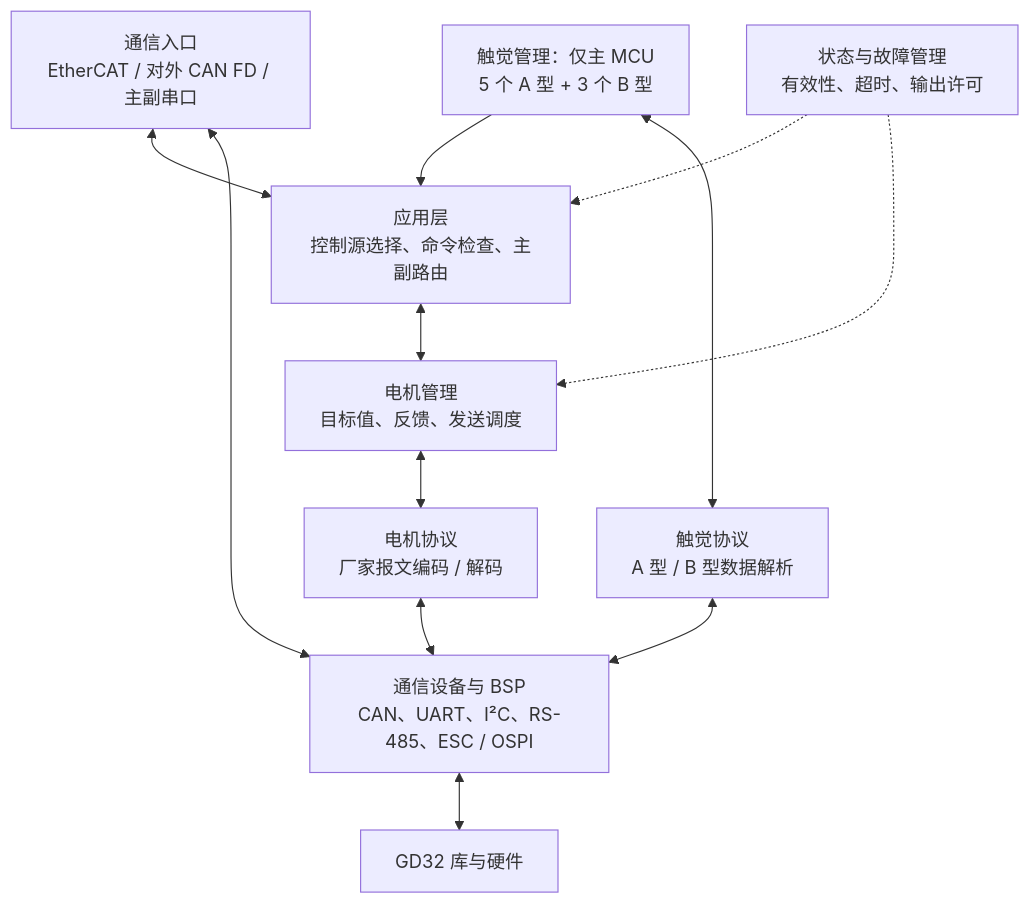
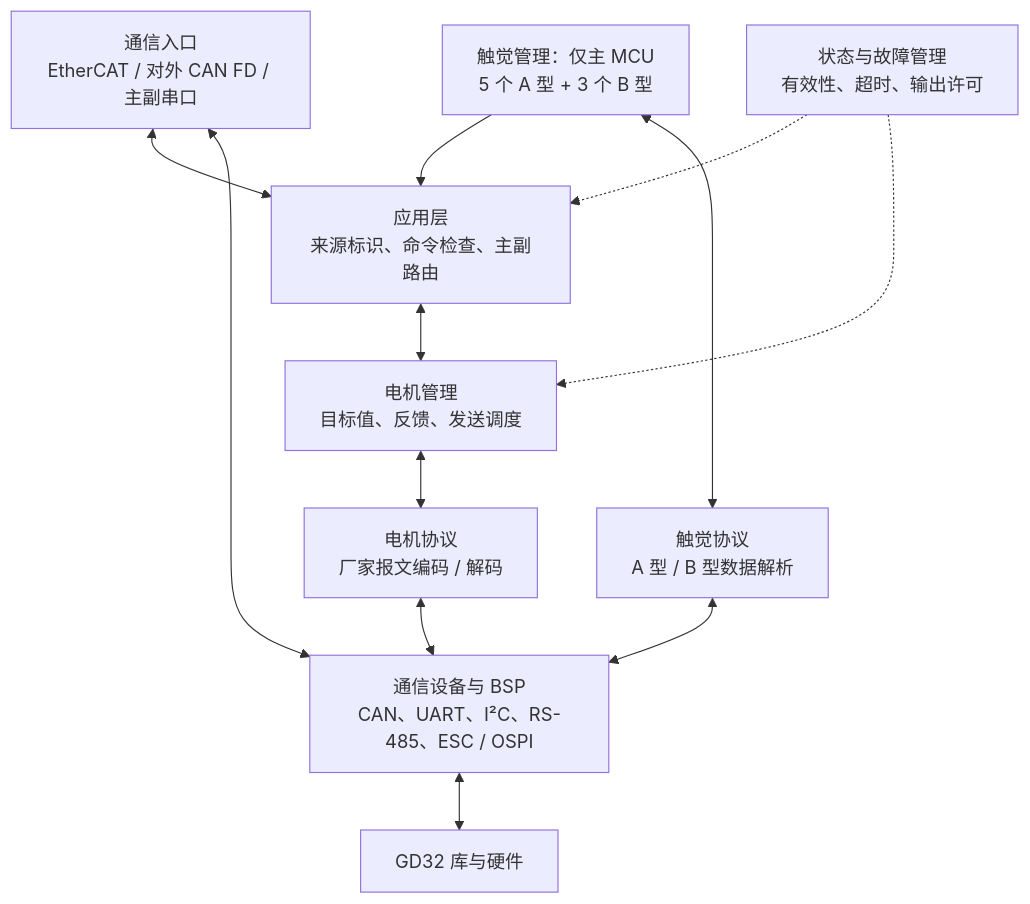
Before and after one commit to klsys777/plan_doce: the first of 3 diagrams in 22自由度灵巧手嵌入式软件架构Ethercat版.md, drawn with Mermaid. The commit also changed other lines of this file, not shown here.

````diff
--- a/22自由度灵巧手嵌入式软件架构Ethercat版.md
+++ b/22自由度灵巧手嵌入式软件架构Ethercat版.md
@@ -18,24 +18,24 @@
 ```mermaid
 flowchart TB
     IN["通信入口<br/>EtherCAT / 对外 CAN FD / 主副串口"]
-    APP["应用层<br/>控制源选择、命令检查、主副路由"]
+    APP["应用层<br/>来源标识、命令检查、主副路由"]
     MOTOR["电机管理<br/>目标值、反馈、发送调度"]
     TACT["触觉管理：仅主 MCU<br/>5 个 A 型 + 3 个 B 型"]
     STATE["状态与故障管理<br/>有效性、超时、输出许可"]
     MP["电机协议<br/>厂家报文编码 / 解码"]
     TP["触觉协议<br/>A 型 / B 型数据解析"]
     BUS["通信设备与 BSP<br/>CAN、UART、I²C、RS-485、ESC / OSPI"]
     HW["GD32 库与硬件"]
 
     IN <--> APP
     APP <--> MOTOR
     TACT --> APP
     STATE -.-> APP
     STATE -.-> MOTOR
     MOTOR <--> MP
     TACT <--> TP
     MP <--> BUS
     TP <--> BUS
     IN <--> BUS
     BUS <--> HW
 ```
````
